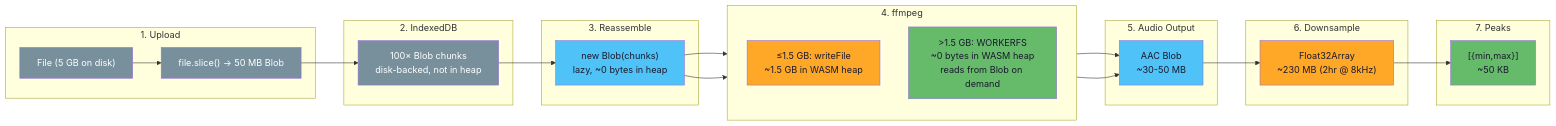
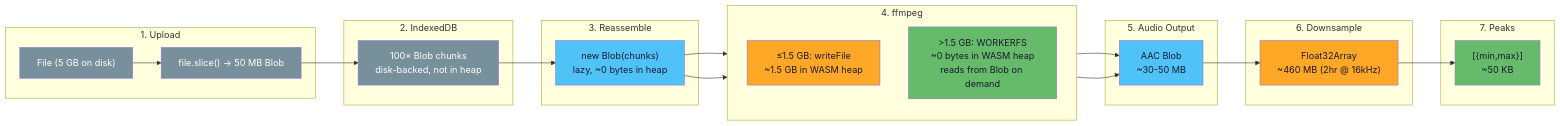
Before and after one commit to gjovanov/audio-waveform: the third of 4 diagrams in docs/architecture.md, drawn with Mermaid. The commit also changed other lines of this file and 6 other files, not shown here.

````diff
--- a/docs/architecture.md
+++ b/docs/architecture.md
@@ -137,50 +137,50 @@
 ```mermaid
 graph LR
     subgraph Upload["1. Upload"]
         F["File (5 GB on disk)"]
         S["file.slice() → 50 MB Blob"]
     end
 
     subgraph Store["2. IndexedDB"]
         C["100× Blob chunks<br/>disk-backed, not in heap"]
     end
 
     subgraph Reassemble["3. Reassemble"]
         B["new Blob(chunks)<br/>lazy, ~0 bytes in heap"]
     end
 
     subgraph Extract["4. ffmpeg"]
         direction TB
         SMALL["≤1.5 GB: writeFile<br/>~1.5 GB in WASM heap"]
         LARGE["&gt;1.5 GB: WORKERFS<br/>~0 bytes in WASM heap<br/>reads from Blob on demand"]
     end
 
     subgraph Output["5. Audio Output"]
         AAC["AAC Blob<br/>~30-50 MB"]
     end
 
     subgraph Analyze["6. Downsample"]
-        PCM["Float32Array<br/>~230 MB (2hr @ 8kHz)"]
+        PCM["Float32Array<br/>~460 MB (2hr @ 16kHz)"]
     end
 
     subgraph Render["7. Peaks"]
         PK["[{min,max}]<br/>~50 KB"]
     end
 
     F --> S --> C --> B
     B --> SMALL
     B --> LARGE
     SMALL --> AAC
     LARGE --> AAC
     AAC --> PCM --> PK
 
     style F fill:#78909c,color:#fff
     style S fill:#78909c,color:#fff
     style C fill:#78909c,color:#fff
     style B fill:#4fc3f7,color:#1a1a2e
     style SMALL fill:#ffa726,color:#1a1a2e
     style LARGE fill:#66bb6a,color:#1a1a2e
     style AAC fill:#4fc3f7,color:#1a1a2e
     style PCM fill:#ffa726,color:#1a1a2e
     style PK fill:#66bb6a,color:#1a1a2e
 ```
````
